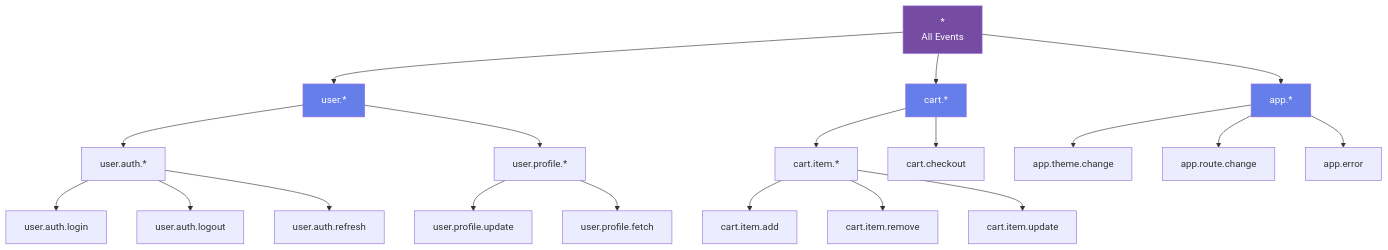
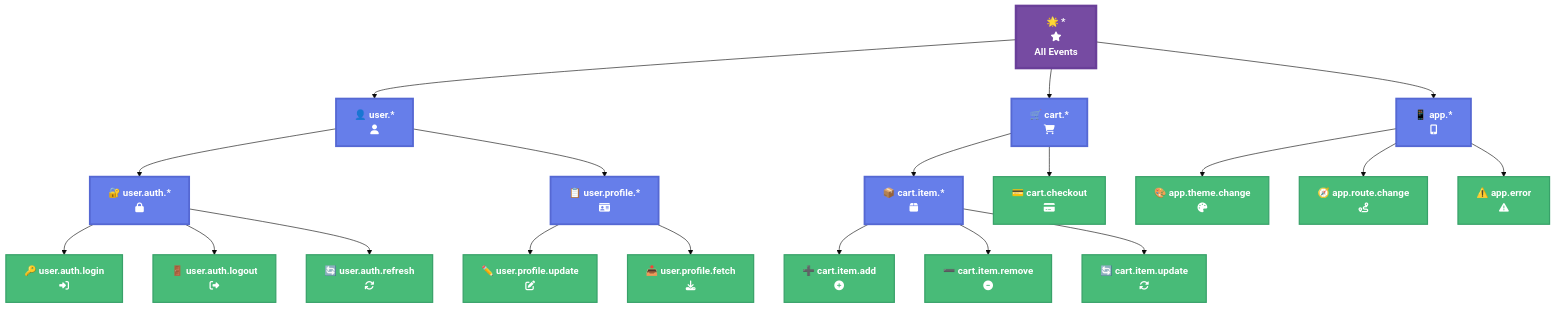
Before and after one commit to larcjs/larc: the third of 10 diagrams in docs/books/learning-larc/diagrams/05-pan-bus.md, drawn with Mermaid. The commit also changed other lines of this file and 12 other files, not shown here.

First line of the commit message:
docs: expand Learning LARC chapters 11-19 into individual files and enhance diagrams

````diff
--- a/docs/books/learning-larc/diagrams/05-pan-bus.md
+++ b/docs/books/learning-larc/diagrams/05-pan-bus.md
@@ -83,34 +92,38 @@
 ```mermaid
+%%{init: {'theme':'base', 'themeVariables': { 'primaryColor':'#667eea','secondaryColor':'#48bb78','tertiaryColor':'#4299e1'}}}%%
 graph TB
-    Root[*<br/>All Events]
+    Root["🌟 *<br/>fa:fa-star<br/>All Events"]
 
-    Root --> User[user.*]
-    Root --> Cart[cart.*]
-    Root --> App[app.*]
+    Root --> User["👤 user.*<br/>fa:fa-user"]
+    Root --> Cart["🛒 cart.*<br/>fa:fa-shopping-cart"]
+    Root --> App["📱 app.*<br/>fa:fa-mobile-alt"]
 
-    User --> UserAuth[user.auth.*]
-    User --> UserProfile[user.profile.*]
+    User --> UserAuth["🔐 user.auth.*<br/>fa:fa-lock"]
+    User --> UserProfile["📋 user.profile.*<br/>fa:fa-id-card"]
 
-    UserAuth --> Login[user.auth.login]
-    UserAuth --> Logout[user.auth.logout]
-    UserAuth --> Refresh[user.auth.refresh]
+    UserAuth --> Login["🔑 user.auth.login<br/>fa:fa-sign-in-alt"]
+    UserAuth --> Logout["🚪 user.auth.logout<br/>fa:fa-sign-out-alt"]
+    UserAuth --> Refresh["🔄 user.auth.refresh<br/>fa:fa-sync"]
 
-    UserProfile --> ProfileUpdate[user.profile.update]
-    UserProfile --> ProfileFetch[user.profile.fetch]
+    UserProfile --> ProfileUpdate["✏️ user.profile.update<br/>fa:fa-edit"]
+    UserProfile --> ProfileFetch["📥 user.profile.fetch<br/>fa:fa-download"]
 
-    Cart --> CartItem[cart.item.*]
-    Cart --> CartCheckout[cart.checkout]
+    Cart --> CartItem["📦 cart.item.*<br/>fa:fa-box"]
+    Cart --> CartCheckout["💳 cart.checkout<br/>fa:fa-credit-card"]
 
-    CartItem --> ItemAdd[cart.item.add]
-    CartItem --> ItemRemove[cart.item.remove]
-    CartItem --> ItemUpdate[cart.item.update]
+    CartItem --> ItemAdd["➕ cart.item.add<br/>fa:fa-plus-circle"]
+    CartItem --> ItemRemove["➖ cart.item.remove<br/>fa:fa-minus-circle"]
+    CartItem --> ItemUpdate["🔄 cart.item.update<br/>fa:fa-sync-alt"]
 
-    App --> AppTheme[app.theme.change]
-    App --> AppRoute[app.route.change]
-    App --> AppError[app.error]
+    App --> AppTheme["🎨 app.theme.change<br/>fa:fa-palette"]
+    App --> AppRoute["🧭 app.route.change<br/>fa:fa-route"]
+    App --> AppError["⚠️ app.error<br/>fa:fa-exclamation-triangle"]
 
-    style Root fill:#764ba2,color:#fff
-    style User fill:#667eea,color:#fff
-    style Cart fill:#667eea,color:#fff
-    style App fill:#667eea,color:#fff
+    classDef root fill:#764ba2,stroke:#6a3f99,stroke-width:4px,color:#fff,font-weight:bold
+    classDef namespace fill:#667eea,stroke:#5568d3,stroke-width:3px,color:#fff,font-weight:bold
+    classDef event fill:#48bb78,stroke:#38a169,stroke-width:2px,color:#fff
+
+    class Root root
+    class User,Cart,App,UserAuth,UserProfile,CartItem namespace
+    class Login,Logout,Refresh,ProfileUpdate,ProfileFetch,ItemAdd,ItemRemove,ItemUpdate,AppTheme,AppRoute,AppError,CartCheckout event
 ```
````
